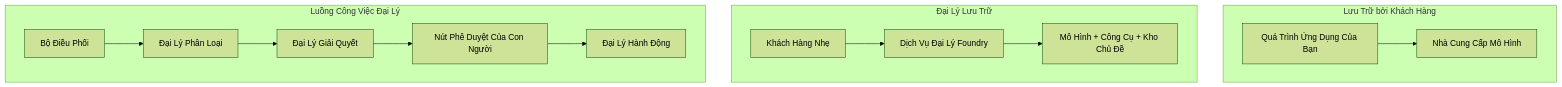
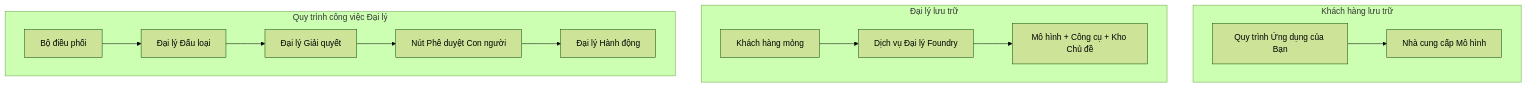
The first of 4 diagrams in mirrors/repos/microsoft@ai-agents-for-beginners/translations/vi/16-deploying-scalable-agents/README.md (gabrielmoreira/agent-skills-mirror), drawn with Mermaid (forest theme) before and after one commit. The commit also changed other lines of this file and 4262 other files, not shown here.

````diff
--- a/mirrors/repos/microsoft@ai-agents-for-beginners/translations/vi/16-deploying-scalable-agents/README.md
+++ b/mirrors/repos/microsoft@ai-agents-for-beginners/translations/vi/16-deploying-scalable-agents/README.md
@@ -87,16 +87,16 @@
 ```mermaid
 flowchart TB
-    subgraph P1[Lưu Trữ bởi Khách Hàng]
-        A1[Quá Trình Ứng Dụng Của Bạn] --> M1[Nhà Cung Cấp Mô Hình]
+    subgraph P1[Khách hàng lưu trữ]
+        A1[Quy trình Ứng dụng của Bạn] --> M1[Nhà cung cấp Mô hình]
     end
-    subgraph P2[Đại Lý Lưu Trữ]
-        A2[Khách Hàng Nhẹ] --> F2[Dịch Vụ Đại Lý Foundry]
-        F2 --> M2[Mô Hình + Công Cụ + Kho Chủ Đề]
+    subgraph P2[Đại lý lưu trữ]
+        A2[Khách hàng mỏng] --> F2[Dịch vụ Đại lý Foundry]
+        F2 --> M2[Mô hình + Công cụ + Kho Chủ đề]
     end
-    subgraph P3[Luồng Công Việc Đại Lý]
-        A3[Bộ Điều Phối] --> S1[Đại Lý Phân Loại]
-        S1 --> S2[Đại Lý Giải Quyết]
-        S2 --> H[Nút Phê Duyệt Của Con Người]
-        H --> S3[Đại Lý Hành Động]
+    subgraph P3[Quy trình công việc Đại lý]
+        A3[Bộ điều phối] --> S1[Đại lý Đấu loại]
+        S1 --> S2[Đại lý Giải quyết]
+        S2 --> H[Nút Phê duyệt Con người]
+        H --> S3[Đại lý Hành động]
     end
 ```
````
